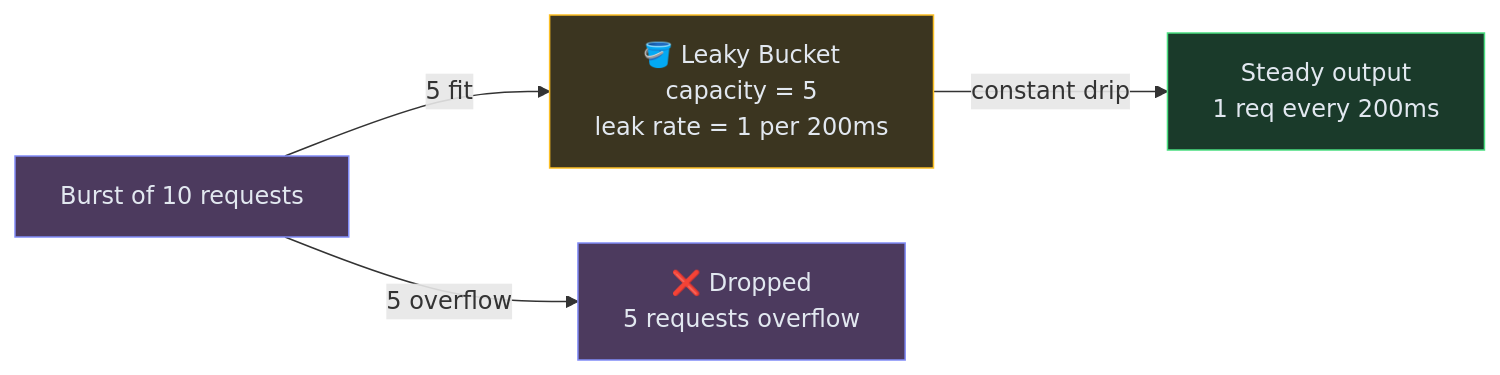
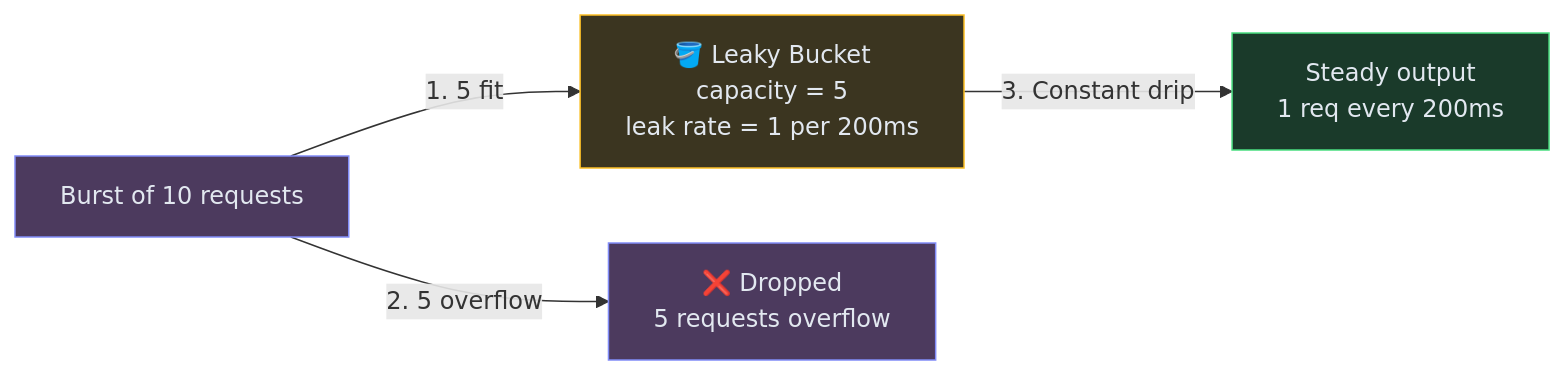
The seventh of 15 diagrams in content/hld/RateLimiter.md (iluzn/HLD-Designs), drawn with Mermaid before and after one commit. The commit also changed other lines of this file and 27 other files, not shown here.

````diff
--- a/content/hld/RateLimiter.md
+++ b/content/hld/RateLimiter.md
@@ -426,15 +426,15 @@
 ```mermaid
 flowchart LR
     IN["Burst of 10 requests"]:::client
     BUCKET["🪣 Leaky Bucket<br/>capacity = 5<br/>leak rate = 1 per 200ms"]:::data
     OUT["Steady output<br/>1 req every 200ms"]:::service
     DROP["❌ Dropped<br/>5 requests overflow"]:::client
 
-    IN -->|"5 fit"| BUCKET
-    IN -->|"5 overflow"| DROP
-    BUCKET -->|"constant drip"| OUT
+    IN -->|"1. 5 fit"| BUCKET
+    IN -->|"2. 5 overflow"| DROP
+    BUCKET -->|"3. Constant drip"| OUT
 
     classDef client fill:#4c3a5e,stroke:#818cf8,color:#e2e8f0
     classDef service fill:#1a3a2a,stroke:#4ade80,color:#e2e8f0
     classDef data fill:#3b3520,stroke:#fbbf24,color:#e2e8f0
 ```
````
